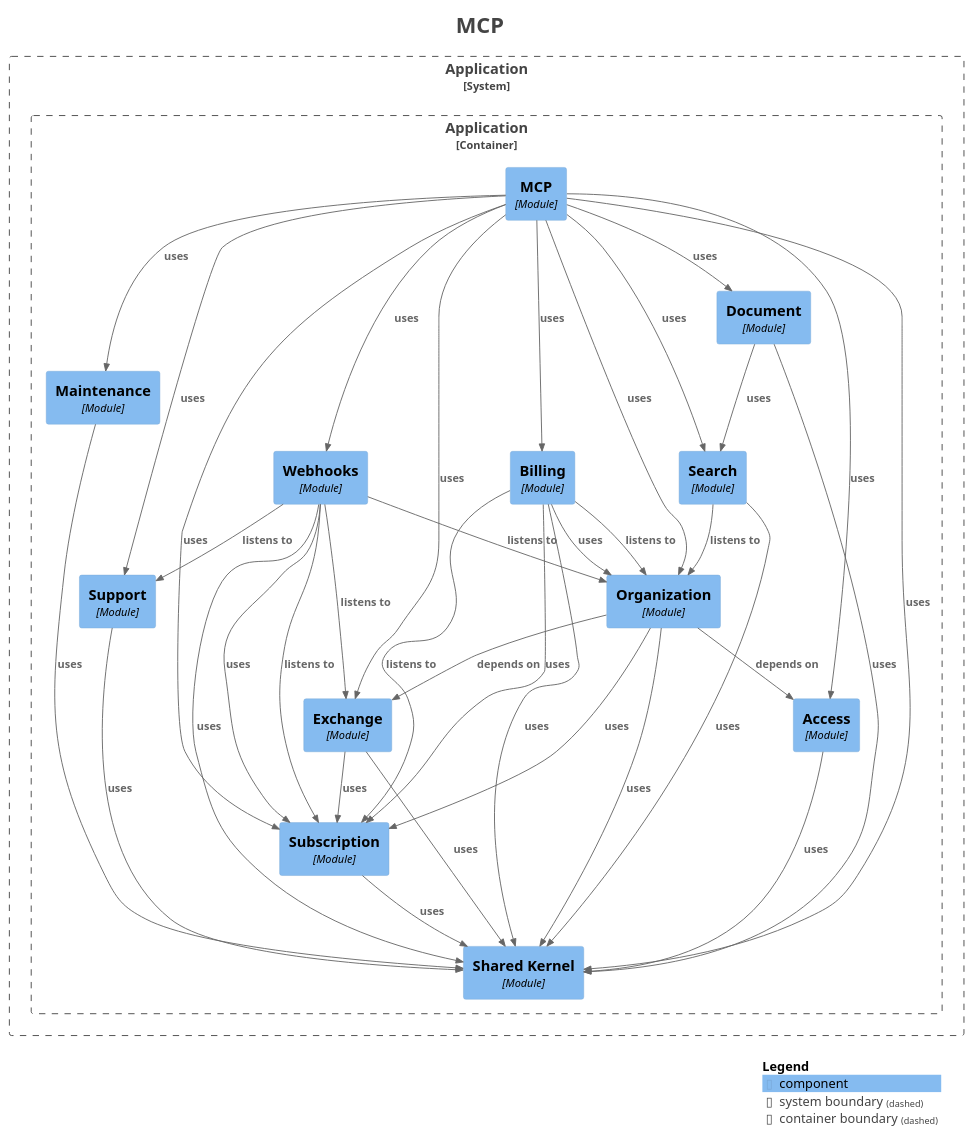
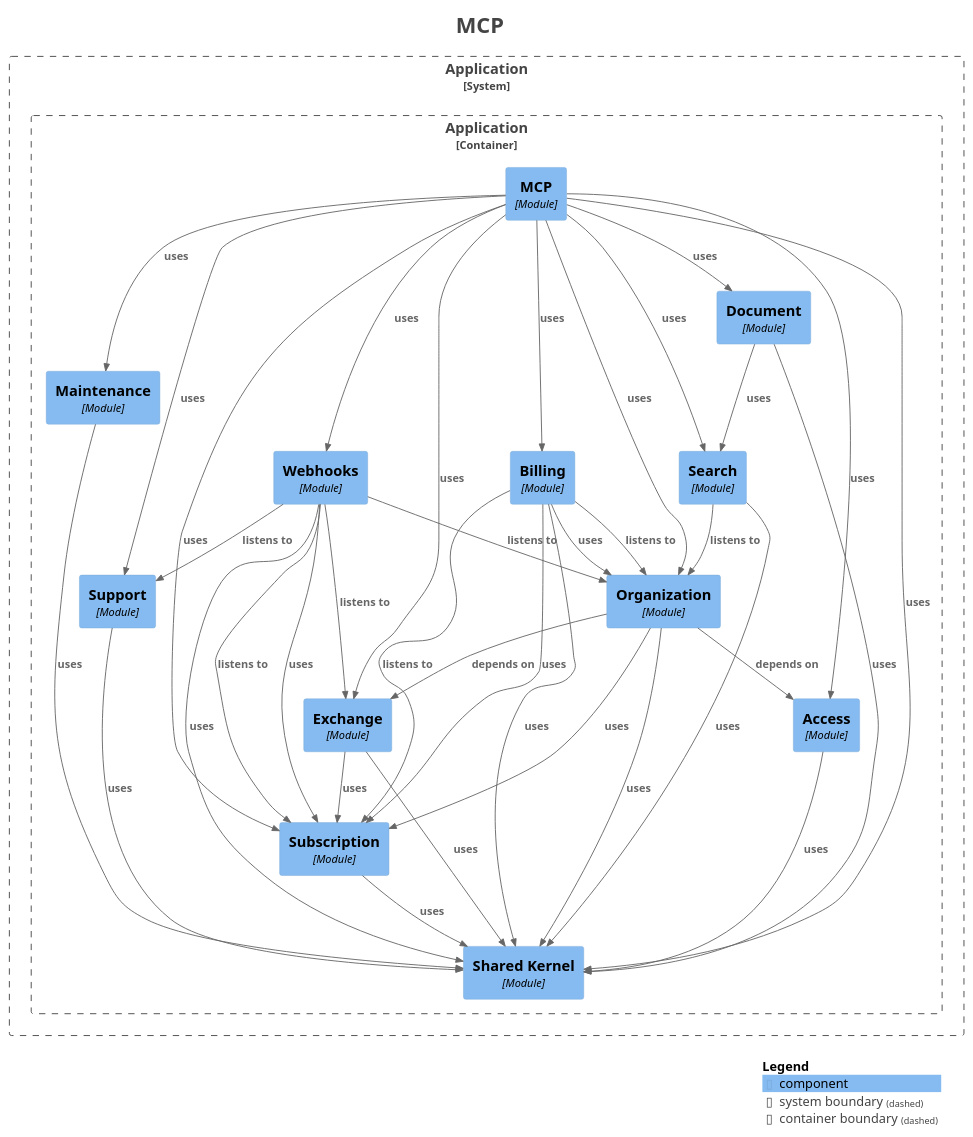
Before and after one commit to Paul-Ayesiga/enterprise-modulith-template: the diagram in docs/modulith/module-mcp.puml, drawn with PlantUML. The commit also changed other lines of this file and 32 other files, not shown here.

```diff
--- a/docs/modulith/module-mcp.puml
+++ b/docs/modulith/module-mcp.puml
@@ -1,75 +1,75 @@
 @startuml
 title <size:24>MCP</size>
 
 set separator none
 top to bottom direction
 
 <style>
   root {
     BackgroundColor: #ffffff
     FontColor: #444444
   }
 </style>
 
 !include <C4/C4>
 !include <C4/C4_Context>
 !include <C4/C4_Component>
 
 System_Boundary("Application_boundary", "Application", $tags="") {
   Container_Boundary("Application.Application_boundary", "Application", $tags="") {
     Component(Application.Application.Maintenance, "Maintenance", $techn="Module", $descr="", $tags="", $link="")
     Component(Application.Application.Subscription, "Subscription", $techn="Module", $descr="", $tags="", $link="")
     Component(Application.Application.Exchange, "Exchange", $techn="Module", $descr="", $tags="", $link="")
     Component(Application.Application.Organization, "Organization", $techn="Module", $descr="", $tags="", $link="")
     Component(Application.Application.Billing, "Billing", $techn="Module", $descr="", $tags="", $link="")
     Component(Application.Application.Search, "Search", $techn="Module", $descr="", $tags="", $link="")
     Component(Application.Application.Support, "Support", $techn="Module", $descr="", $tags="", $link="")
     Component(Application.Application.Document, "Document", $techn="Module", $descr="", $tags="", $link="")
     Component(Application.Application.Webhooks, "Webhooks", $techn="Module", $descr="", $tags="", $link="")
     Component(Application.Application.MCP, "MCP", $techn="Module", $descr="", $tags="", $link="")
     Component(Application.Application.SharedKernel, "Shared Kernel", $techn="Module", $descr="", $tags="", $link="")
     Component(Application.Application.Access, "Access", $techn="Module", $descr="", $tags="", $link="")
   }
 
 }
 
+Rel(Application.Application.Access, Application.Application.SharedKernel, "uses", $techn="", $tags="", $link="")
+Rel(Application.Application.Exchange, Application.Application.SharedKernel, "uses", $techn="", $tags="", $link="")
+Rel(Application.Application.Exchange, Application.Application.Subscription, "uses", $techn="", $tags="", $link="")
+Rel(Application.Application.Search, Application.Application.Organization, "listens to", $techn="", $tags="", $link="")
+Rel(Application.Application.Search, Application.Application.SharedKernel, "uses", $techn="", $tags="", $link="")
+Rel(Application.Application.Maintenance, Application.Application.SharedKernel, "uses", $techn="", $tags="", $link="")
+Rel(Application.Application.Document, Application.Application.Search, "uses", $techn="", $tags="", $link="")
+Rel(Application.Application.Document, Application.Application.SharedKernel, "uses", $techn="", $tags="", $link="")
+Rel(Application.Application.Webhooks, Application.Application.Organization, "listens to", $techn="", $tags="", $link="")
+Rel(Application.Application.Webhooks, Application.Application.Support, "listens to", $techn="", $tags="", $link="")
+Rel(Application.Application.Webhooks, Application.Application.Exchange, "listens to", $techn="", $tags="", $link="")
+Rel(Application.Application.Webhooks, Application.Application.Subscription, "listens to", $techn="", $tags="", $link="")
 Rel(Application.Application.Webhooks, Application.Application.SharedKernel, "uses", $techn="", $tags="", $link="")
 Rel(Application.Application.Webhooks, Application.Application.Subscription, "uses", $techn="", $tags="", $link="")
-Rel(Application.Application.Organization, Application.Application.Access, "depends on", $techn="", $tags="", $link="")
-Rel(Application.Application.Organization, Application.Application.Exchange, "depends on", $techn="", $tags="", $link="")
-Rel(Application.Application.Organization, Application.Application.SharedKernel, "uses", $techn="", $tags="", $link="")
-Rel(Application.Application.Organization, Application.Application.Subscription, "uses", $techn="", $tags="", $link="")
-Rel(Application.Application.Document, Application.Application.Search, "uses", $techn="", $tags="", $link="")
-Rel(Application.Application.Document, Application.Application.SharedKernel, "uses", $techn="", $tags="", $link="")
+Rel(Application.Application.Subscription, Application.Application.SharedKernel, "uses", $techn="", $tags="", $link="")
 Rel(Application.Application.Billing, Application.Application.Subscription, "listens to", $techn="", $tags="", $link="")
 Rel(Application.Application.Billing, Application.Application.Organization, "listens to", $techn="", $tags="", $link="")
 Rel(Application.Application.Billing, Application.Application.Subscription, "uses", $techn="", $tags="", $link="")
 Rel(Application.Application.Billing, Application.Application.SharedKernel, "uses", $techn="", $tags="", $link="")
 Rel(Application.Application.Billing, Application.Application.Organization, "uses", $techn="", $tags="", $link="")
-Rel(Application.Application.Access, Application.Application.SharedKernel, "uses", $techn="", $tags="", $link="")
-Rel(Application.Application.Maintenance, Application.Application.SharedKernel, "uses", $techn="", $tags="", $link="")
-Rel(Application.Application.Exchange, Application.Application.SharedKernel, "uses", $techn="", $tags="", $link="")
-Rel(Application.Application.Exchange, Application.Application.Subscription, "uses", $techn="", $tags="", $link="")
+Rel(Application.Application.Support, Application.Application.SharedKernel, "uses", $techn="", $tags="", $link="")
+Rel(Application.Application.Organization, Application.Application.Access, "depends on", $techn="", $tags="", $link="")
+Rel(Application.Application.Organization, Application.Application.Exchange, "depends on", $techn="", $tags="", $link="")
+Rel(Application.Application.Organization, Application.Application.SharedKernel, "uses", $techn="", $tags="", $link="")
+Rel(Application.Application.Organization, Application.Application.Subscription, "uses", $techn="", $tags="", $link="")
 Rel(Application.Application.MCP, Application.Application.SharedKernel, "uses", $techn="", $tags="", $link="")
 Rel(Application.Application.MCP, Application.Application.Webhooks, "uses", $techn="", $tags="", $link="")
 Rel(Application.Application.MCP, Application.Application.Access, "uses", $techn="", $tags="", $link="")
 Rel(Application.Application.MCP, Application.Application.Maintenance, "uses", $techn="", $tags="", $link="")
 Rel(Application.Application.MCP, Application.Application.Subscription, "uses", $techn="", $tags="", $link="")
 Rel(Application.Application.MCP, Application.Application.Document, "uses", $techn="", $tags="", $link="")
 Rel(Application.Application.MCP, Application.Application.Exchange, "uses", $techn="", $tags="", $link="")
 Rel(Application.Application.MCP, Application.Application.Organization, "uses", $techn="", $tags="", $link="")
 Rel(Application.Application.MCP, Application.Application.Search, "uses", $techn="", $tags="", $link="")
 Rel(Application.Application.MCP, Application.Application.Billing, "uses", $techn="", $tags="", $link="")
 Rel(Application.Application.MCP, Application.Application.Support, "uses", $techn="", $tags="", $link="")
-Rel(Application.Application.Support, Application.Application.SharedKernel, "uses", $techn="", $tags="", $link="")
-Rel(Application.Application.Search, Application.Application.Organization, "listens to", $techn="", $tags="", $link="")
-Rel(Application.Application.Search, Application.Application.SharedKernel, "uses", $techn="", $tags="", $link="")
-Rel(Application.Application.Subscription, Application.Application.SharedKernel, "uses", $techn="", $tags="", $link="")
-Rel(Application.Application.Webhooks, Application.Application.Organization, "listens to", $techn="", $tags="", $link="")
-Rel(Application.Application.Webhooks, Application.Application.Subscription, "listens to", $techn="", $tags="", $link="")
-Rel(Application.Application.Webhooks, Application.Application.Support, "listens to", $techn="", $tags="", $link="")
-Rel(Application.Application.Webhooks, Application.Application.Exchange, "listens to", $techn="", $tags="", $link="")
 
 SHOW_LEGEND(true)
 hide stereotypes
 @enduml
```
